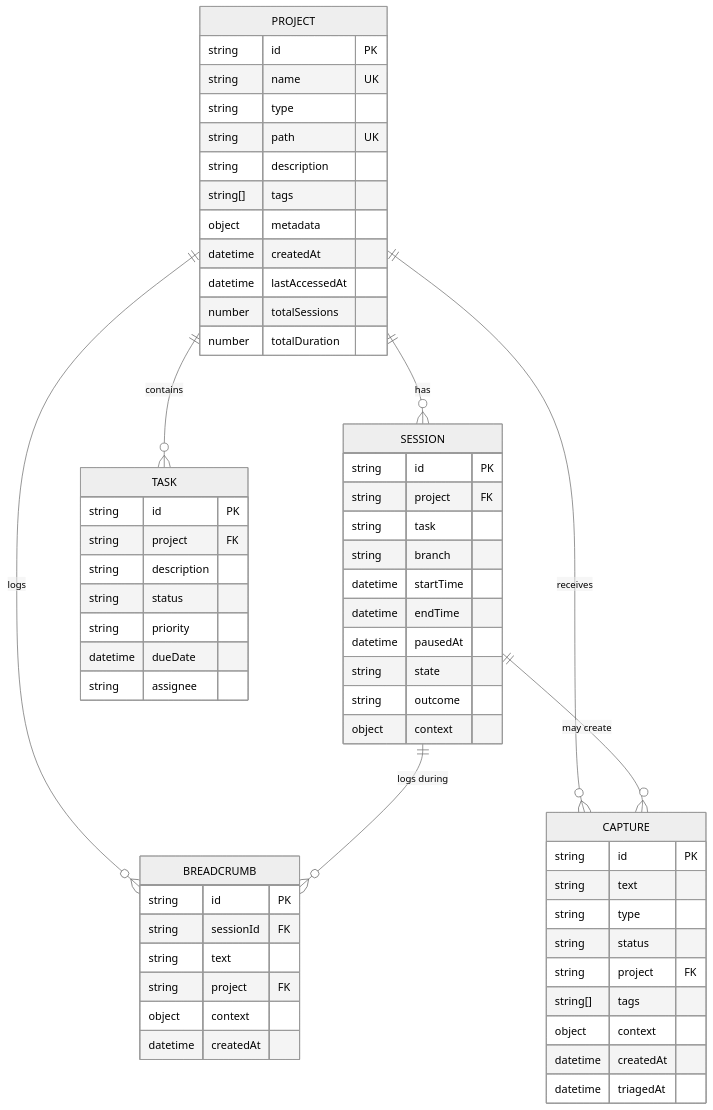
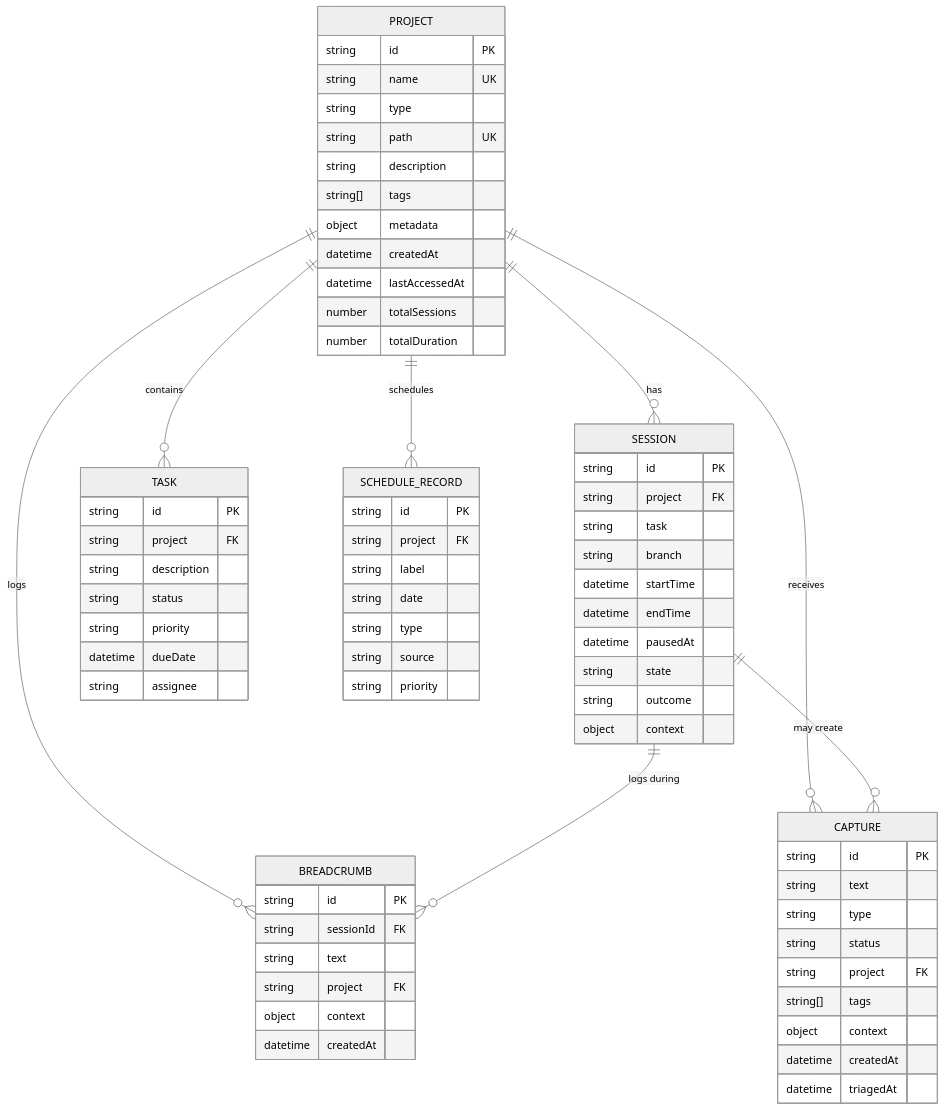
The third of 15 diagrams in docs/DIAGRAMS.md (Data-Wise/atlas), drawn with Mermaid (neutral theme) before and after one commit. The commit also changed other lines of this file and 12 other files, not shown here.

````diff
--- a/docs/DIAGRAMS.md
+++ b/docs/DIAGRAMS.md
@@ -202,68 +202,79 @@
 ```mermaid
 erDiagram
     PROJECT ||--o{ SESSION : has
     PROJECT ||--o{ CAPTURE : receives
     PROJECT ||--o{ BREADCRUMB : logs
     PROJECT ||--o{ TASK : contains
+    PROJECT ||--o{ SCHEDULE_RECORD : schedules
 
     SESSION ||--o{ BREADCRUMB : "logs during"
     SESSION ||--o{ CAPTURE : "may create"
 
     PROJECT {
         string id PK
         string name UK
         string type
         string path UK
         string description
         string[] tags
         object metadata
         datetime createdAt
         datetime lastAccessedAt
         number totalSessions
         number totalDuration
     }
 
     SESSION {
         string id PK
         string project FK
         string task
         string branch
         datetime startTime
         datetime endTime
         datetime pausedAt
         string state
         string outcome
         object context
     }
 
     CAPTURE {
         string id PK
         string text
         string type
         string status
         string project FK
         string[] tags
         object context
         datetime createdAt
         datetime triagedAt
     }
 
     BREADCRUMB {
         string id PK
         string sessionId FK
         string text
         string project FK
         object context
         datetime createdAt
     }
 
     TASK {
         string id PK
         string project FK
         string description
         string status
         string priority
         datetime dueDate
         string assignee
     }
+
+    SCHEDULE_RECORD {
+        string id PK
+        string project FK
+        string label
+        string date
+        string type
+        string source
+        string priority
+    }
 ```
````
